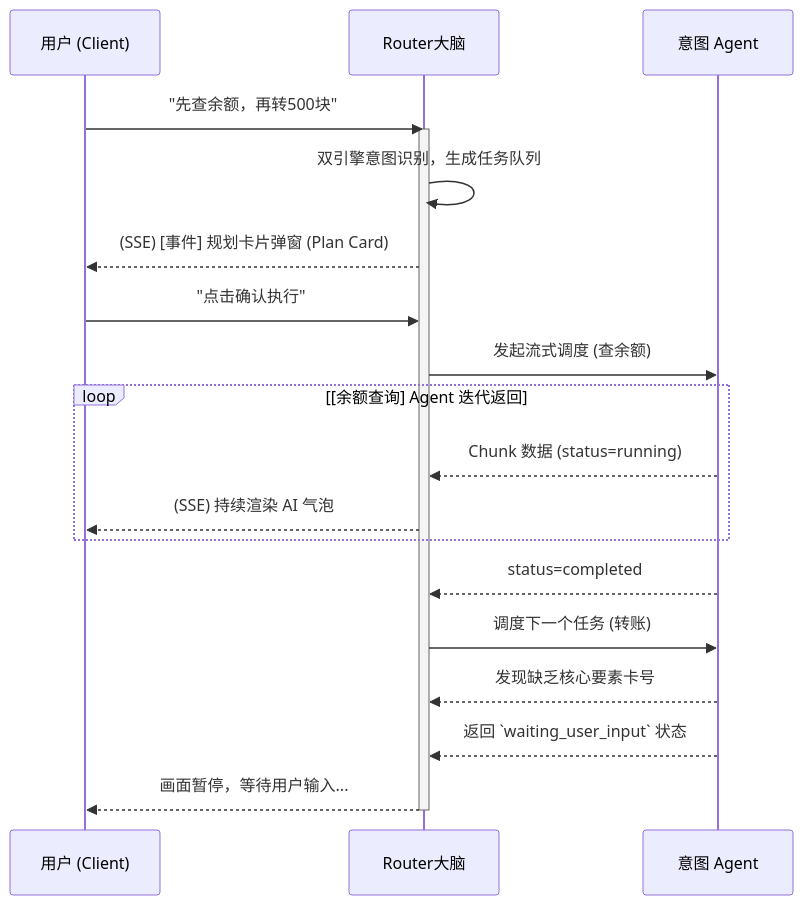
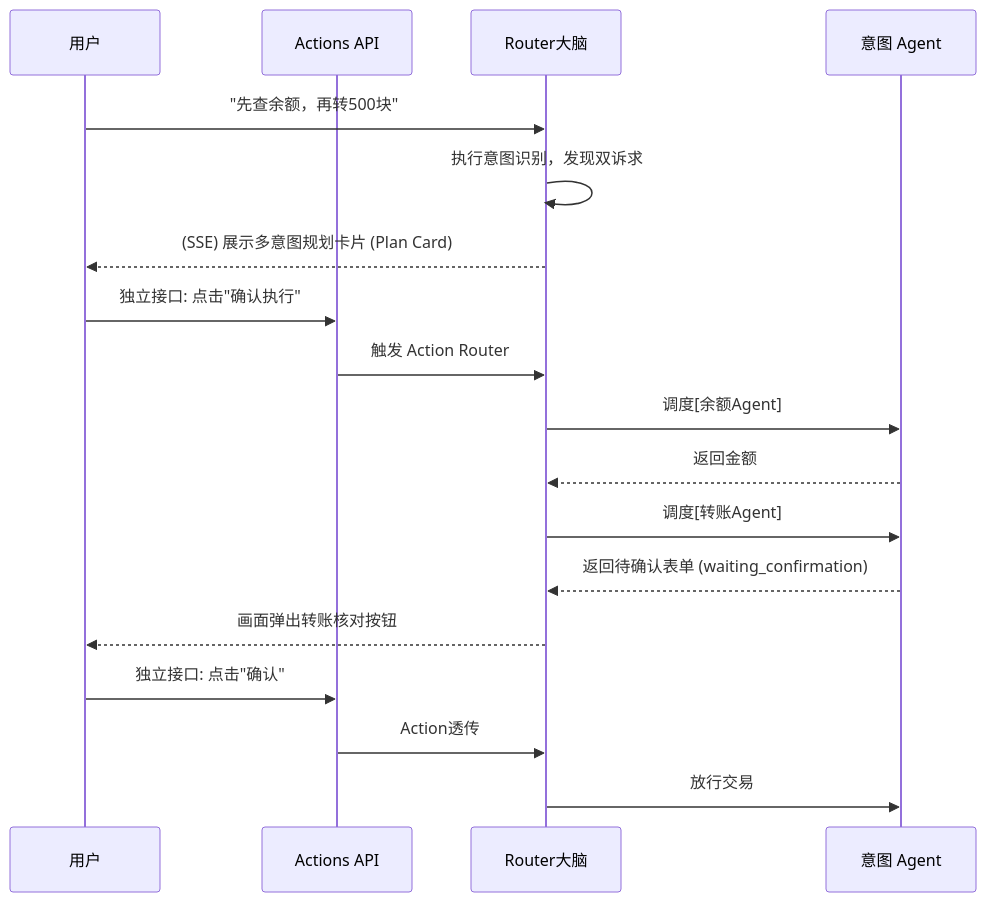
One commit to corelli359/intent-router changed the fifth of 5 diagrams in docs/intent_router_presentation.md. Above: the diagram before and after it, drawn with Mermaid. The commit also changed other lines of this file, not shown here.

Commit message:
意图路由设计更新v0.2

````diff
--- a/docs/intent_router_presentation.md
+++ b/docs/intent_router_presentation.md
@@ -156,25 +169,25 @@
 ```mermaid
 sequenceDiagram
-    participant User as 用户 (Client)
+    participant User as 用户
+    participant API as Actions API
     participant Router as Router大脑
     participant Agent as 意图 Agent
 
     User->>Router: "先查余额，再转500块"
-    activate Router
-    Router->>Router: 双引擎意图识别，生成任务队列
-    Router-->>User: (SSE) [事件] 规划卡片弹窗 (Plan Card)
-    User->>Router: "点击确认执行"
+    Router->>Router: 执行意图识别，发现双诉求
+    Router-->>User: (SSE) 展示多意图规划卡片 (Plan Card)
     
-    Router->>Agent: 发起流式调度 (查余额)
-    loop [余额查询] Agent 迭代返回
-        Agent-->>Router: Chunk 数据 (status=running)
-        Router-->>User: (SSE) 持续渲染 AI 气泡
-    end
-    Agent-->>Router: status=completed
+    User->>API: 独立接口: 点击"确认执行"
+    API->>Router: 触发 Action Router
     
-    Router->>Agent: 调度下一个任务 (转账)
-    Agent-->>Router: 发现缺乏核心要素卡号
-    Agent-->>Router: 返回 `waiting_user_input` 状态
-    Router-->>User: 画面暂停，等待用户输入...
-    deactivate Router
+    Router->>Agent: 调度[余额Agent]
+    Agent-->>Router: 返回金额
+    
+    Router->>Agent: 调度[转账Agent]
+    Agent-->>Router: 返回待确认表单 (waiting_confirmation)
+    Router-->>User: 画面弹出转账核对按钮
+    
+    User->>API: 独立接口: 点击"确认"
+    API->>Router: Action透传
+    Router->>Agent: 放行交易
 ```
````
